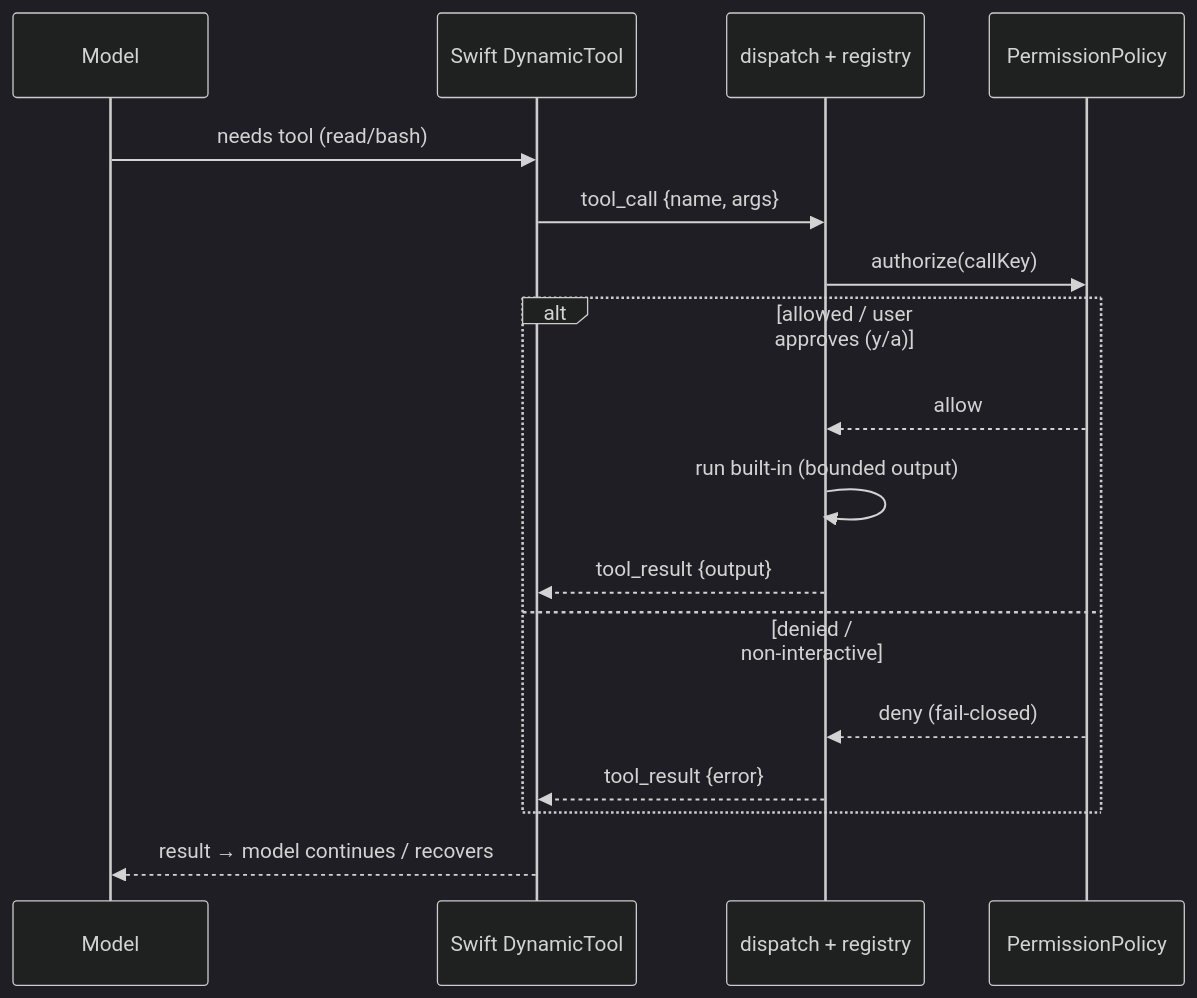
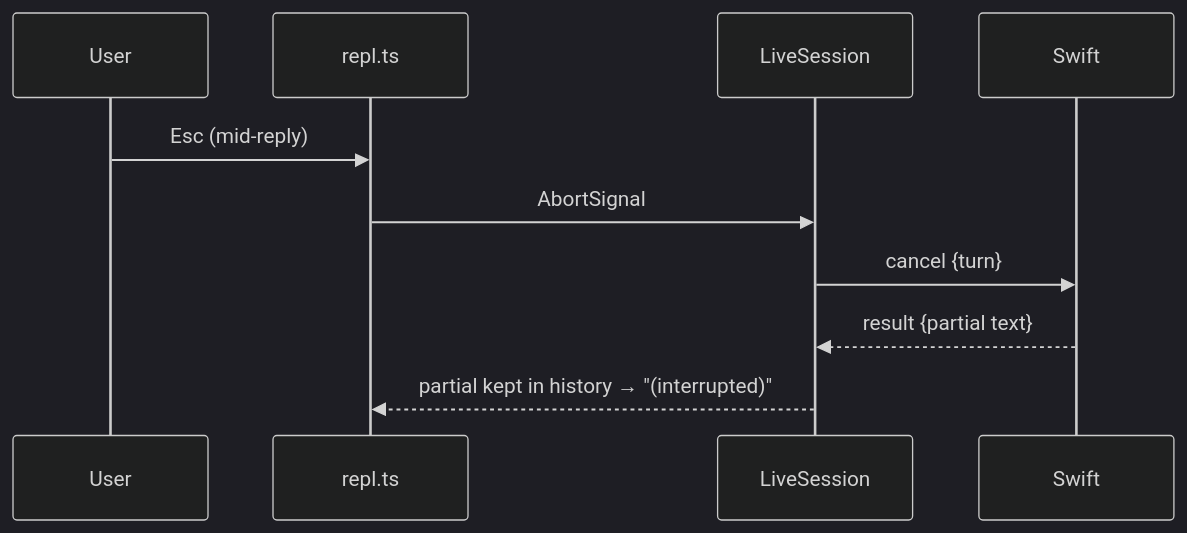
Before and after one commit to brianwestphal/apple-fm: the second of 2 diagrams in docs/technical-changelog/v1.0.1-v1.2.md, drawn with Mermaid (dark theme). The commit also changed other lines of this file, not shown here.

````diff
--- a/docs/technical-changelog/v1.0.1-v1.2.md
+++ b/docs/technical-changelog/v1.0.1-v1.2.md
@@ -47,19 +95,12 @@
 ```mermaid
 sequenceDiagram
-  participant Model
-  participant Helper as Swift DynamicTool
-  participant Node as dispatch + registry
-  participant Gate as PermissionPolicy
-  Model->>Helper: needs tool (read/bash)
-  Helper->>Node: tool_call {name, args}
-  Node->>Gate: authorize(callKey)
-  alt allowed / user approves (y/a)
-    Gate-->>Node: allow
-    Node->>Node: run built-in (bounded output)
-    Node-->>Helper: tool_result {output}
-  else denied / non-interactive
-    Gate-->>Node: deny (fail-closed)
-    Node-->>Helper: tool_result {error}
-  end
-  Helper-->>Model: result → model continues / recovers
+  participant User
+  participant REPL as repl.ts
+  participant Session as LiveSession
+  participant Helper as Swift
+  User->>REPL: Esc (mid-reply)
+  REPL->>Session: AbortSignal
+  Session->>Helper: cancel {turn}
+  Helper-->>Session: result {partial text}
+  Session-->>REPL: partial kept in history → "(interrupted)"
 ```
````
